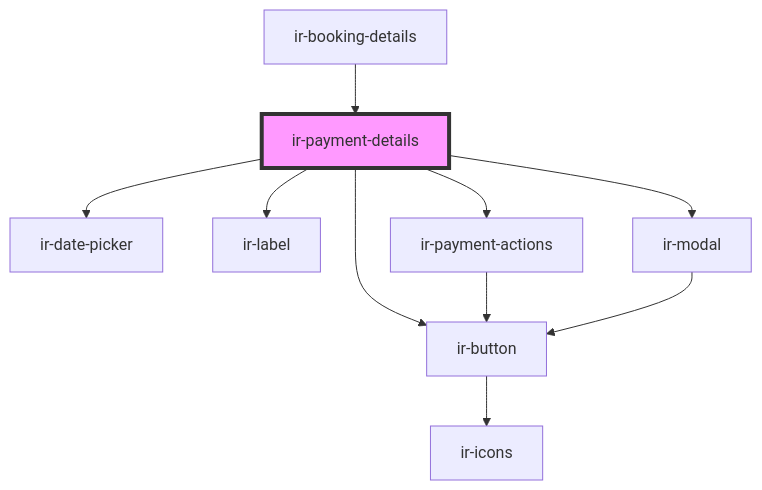
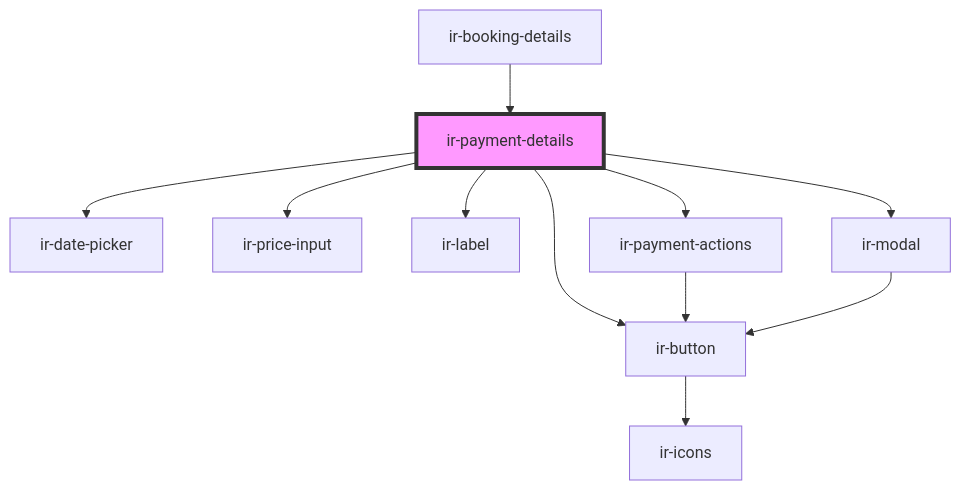
The diagram in src/components/ir-booking-details/ir-payment-details/readme.md (David1Chowaifaty/modified-ir-webcmp), drawn with Mermaid before and after one commit. The commit also changed other lines of this file and 29 other files, not shown here.

````diff
--- a/src/components/ir-booking-details/ir-payment-details/readme.md
+++ b/src/components/ir-booking-details/ir-payment-details/readme.md
@@ -40,13 +41,14 @@
 ```mermaid
 graph TD;
   ir-payment-details --> ir-date-picker
+  ir-payment-details --> ir-price-input
   ir-payment-details --> ir-button
   ir-payment-details --> ir-label
   ir-payment-details --> ir-payment-actions
   ir-payment-details --> ir-modal
   ir-button --> ir-icons
   ir-payment-actions --> ir-button
   ir-modal --> ir-button
   ir-booking-details --> ir-payment-details
   style ir-payment-details fill:#f9f,stroke:#333,stroke-width:4px
 ```
````
